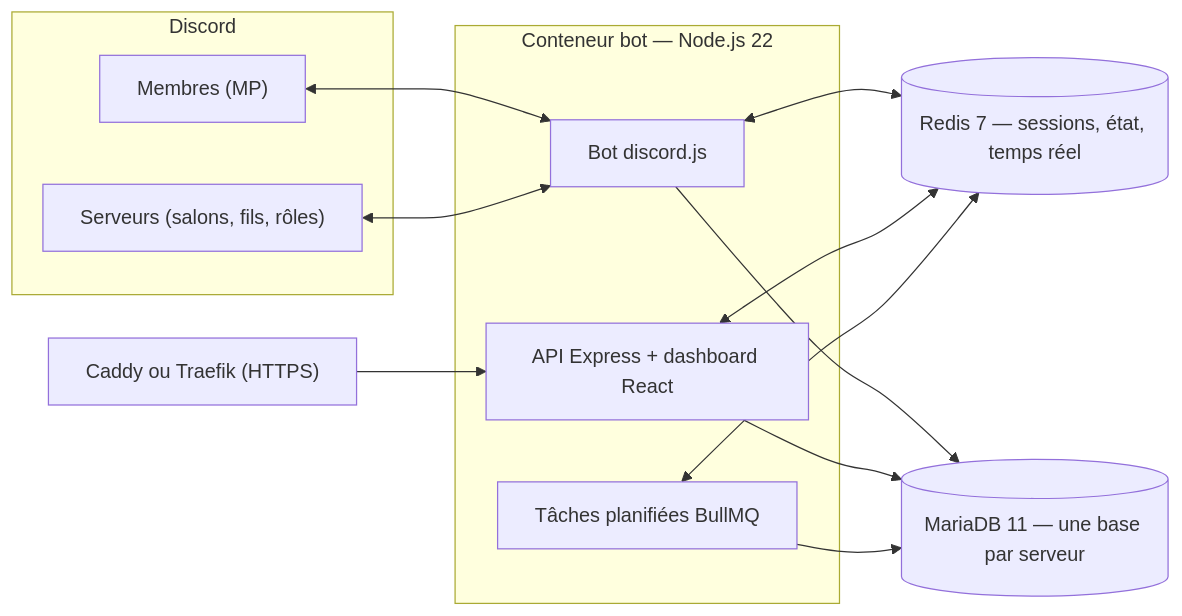
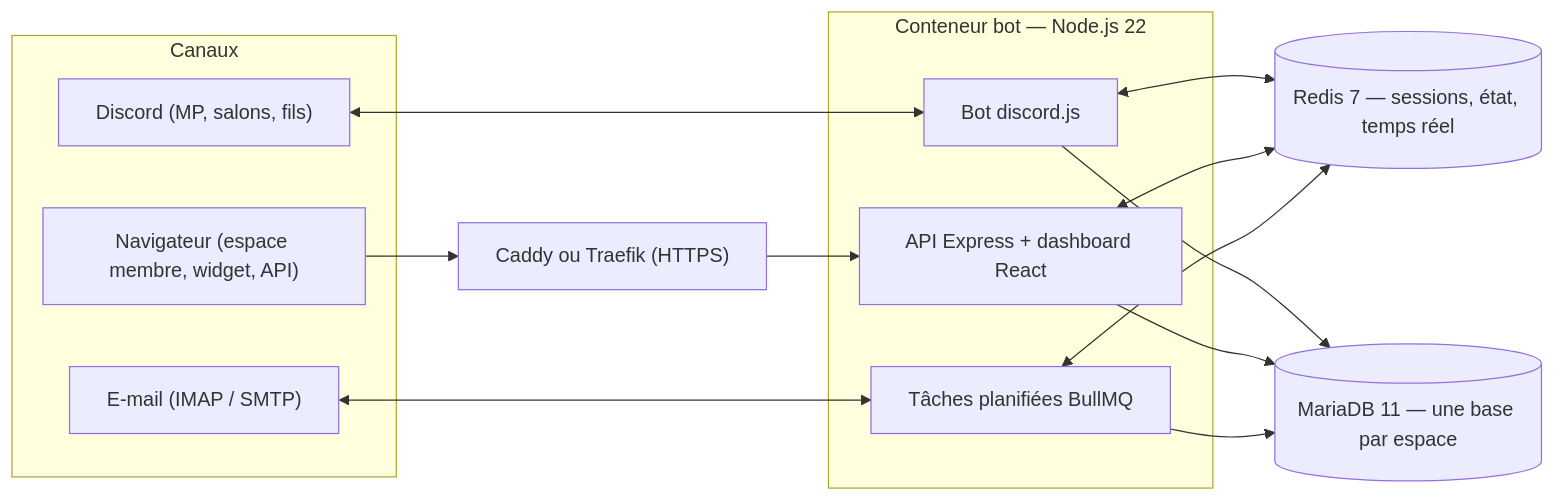
One commit to LuquyPest/Bot-ticketting changed the second of 2 diagrams in docs/guide/index.md. Above: the diagram before and after it, drawn with Mermaid. The commit also changed other lines of this file and 7 other files, not shown here.

````diff
--- a/docs/guide/index.md
+++ b/docs/guide/index.md
@@ -45,17 +48,18 @@
 ```mermaid
 flowchart LR
-    subgraph Discord
-        MP["Membres (MP)"]
-        SRV["Serveurs (salons, fils, rôles)"]
+    subgraph Canaux
+        MP["Discord (MP, salons, fils)"]
+        MAIL["E-mail (IMAP / SMTP)"]
+        WEB["Navigateur (espace membre, widget, API)"]
     end
     subgraph App["Conteneur bot — Node.js 22"]
         BOT["Bot discord.js"]
         API["API Express + dashboard React"]
         JOBS["Tâches planifiées BullMQ"]
     end
-    PROXY["Caddy ou Traefik (HTTPS)"] --> API
+    WEB --> PROXY["Caddy ou Traefik (HTTPS)"] --> API
     MP <--> BOT
-    SRV <--> BOT
+    MAIL <--> JOBS
     BOT & API & JOBS <--> REDIS[("Redis 7 — sessions, état, temps réel")]
-    BOT & API & JOBS --> DB[("MariaDB 11 — une base par serveur")]
+    BOT & API & JOBS --> DB[("MariaDB 11 — une base par espace")]
 ```
````
